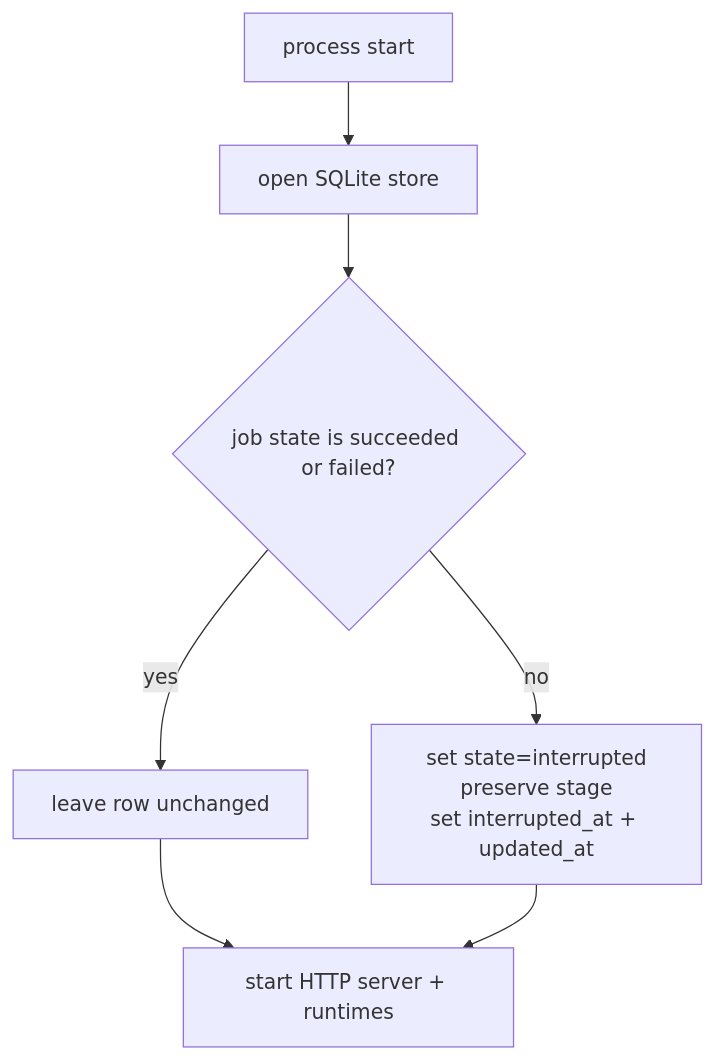
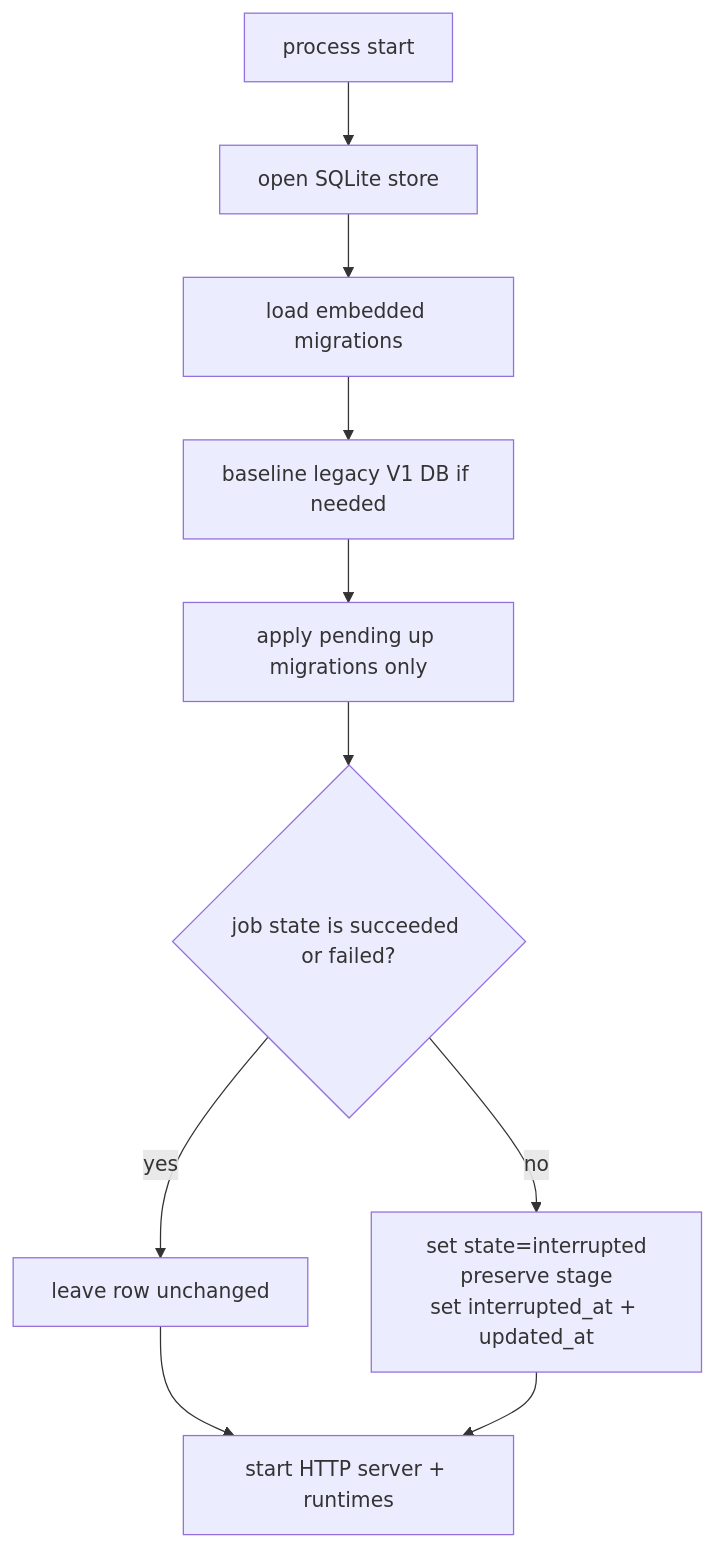
One commit to codemyriad/gocassini changed the second of 6 diagrams in cassini-operator/README.md. Above: the diagram before and after it, drawn with Mermaid. The commit also changed other lines of this file and 2 other files, not shown here.

````diff
--- a/cassini-operator/README.md
+++ b/cassini-operator/README.md
@@ -79,9 +84,12 @@
 ```mermaid
 flowchart TD
   A["process start"] --> B["open SQLite store"]
-  B --> C{"job state is succeeded or failed?"}
-  C -->|yes| D["leave row unchanged"]
-  C -->|no| E["set state=interrupted\npreserve stage\nset interrupted_at + updated_at"]
-  D --> F["start HTTP server + runtimes"]
-  E --> F
+  B --> C["load embedded migrations"]
+  C --> D["baseline legacy V1 DB if needed"]
+  D --> E["apply pending up migrations only"]
+  E --> F{"job state is succeeded or failed?"}
+  F -->|yes| G["leave row unchanged"]
+  F -->|no| H["set state=interrupted\npreserve stage\nset interrupted_at + updated_at"]
+  G --> I["start HTTP server + runtimes"]
+  H --> I
 ```
````
